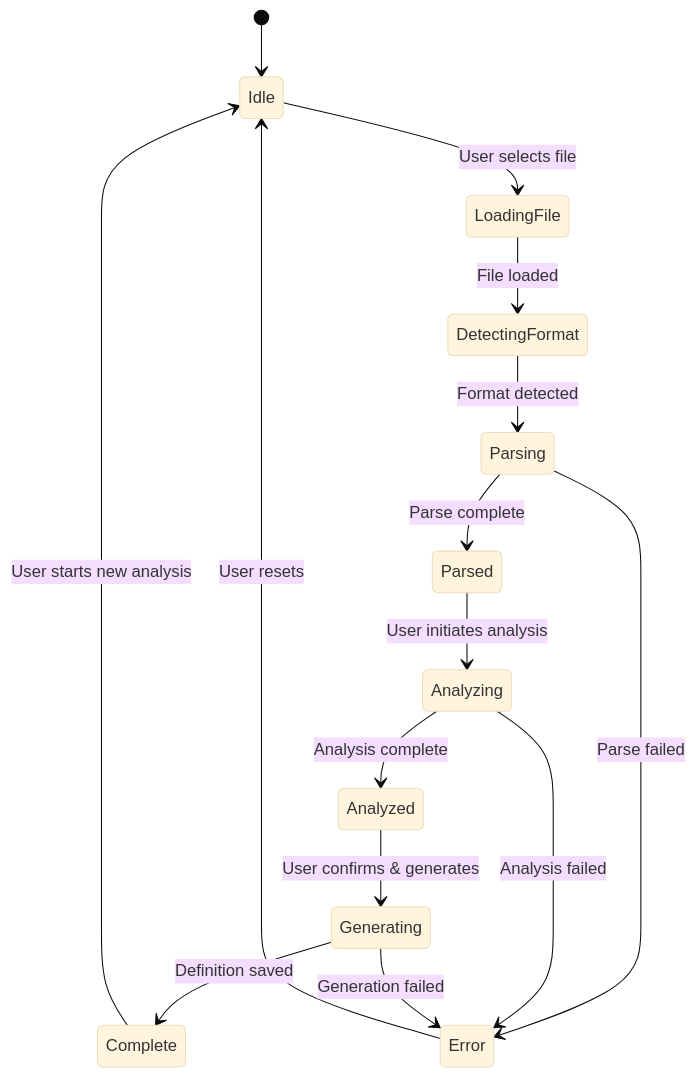
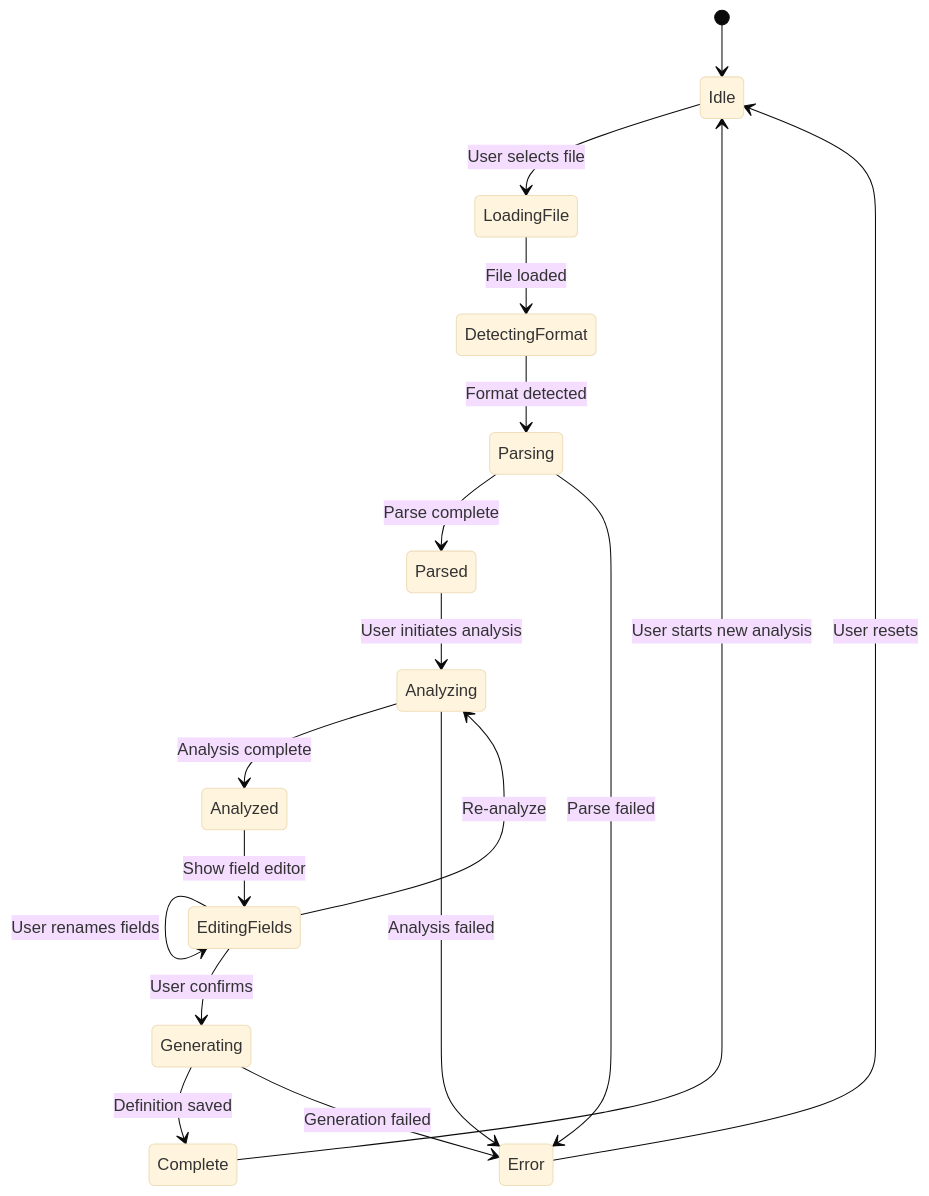
One commit to chumpon-asaneerat/NSerialCommTools changed the fourth of 5 diagrams in Documents/ModernDesign/02-System-Architecture.md. Above: the diagram before and after it, drawn with Mermaid (base theme). The commit also changed other lines of this file and 3 other files, not shown here.

````diff
--- a/Documents/ModernDesign/02-System-Architecture.md
+++ b/Documents/ModernDesign/02-System-Architecture.md
@@ -504,17 +511,20 @@
 ```mermaid
 stateDiagram-v2
     [*] --> Idle
     Idle --> LoadingFile: User selects file
     LoadingFile --> DetectingFormat: File loaded
     DetectingFormat --> Parsing: Format detected
     Parsing --> Parsed: Parse complete
     Parsing --> Error: Parse failed
     Parsed --> Analyzing: User initiates analysis
     Analyzing --> Analyzed: Analysis complete
     Analyzing --> Error: Analysis failed
-    Analyzed --> Generating: User confirms & generates
+    Analyzed --> EditingFields: Show field editor
+    EditingFields --> EditingFields: User renames fields
+    EditingFields --> Generating: User confirms
     Generating --> Complete: Definition saved
     Generating --> Error: Generation failed
+    EditingFields --> Analyzing: Re-analyze
     Error --> Idle: User resets
     Complete --> Idle: User starts new analysis
 ```
````
